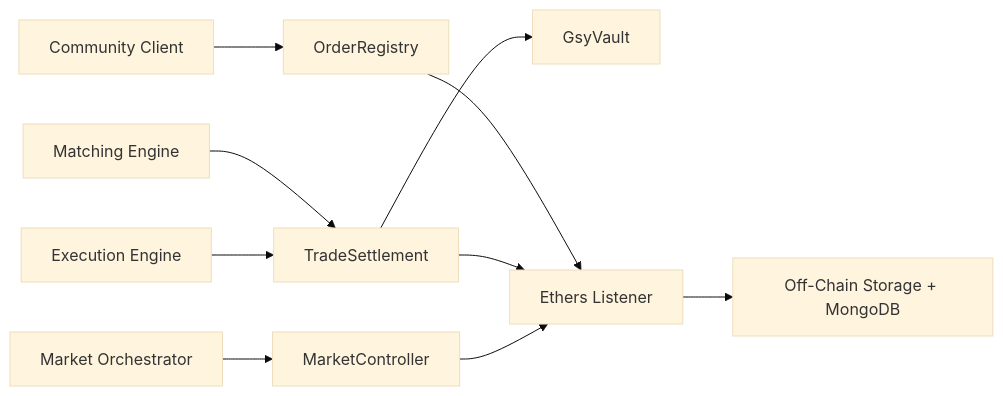
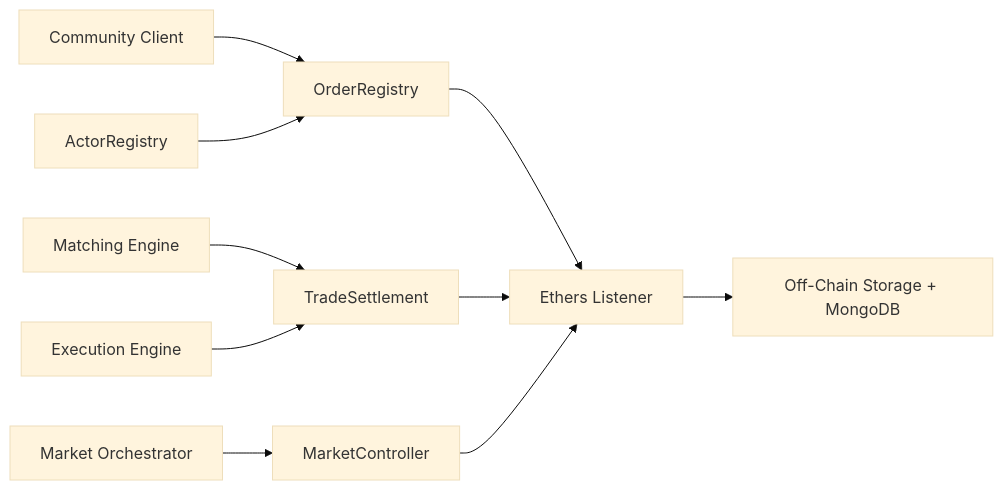
Before and after one commit to gridsingularity/gsy-decentralized-exchange: the diagram in docs/index.md, drawn with Mermaid (base theme). The commit also changed other lines of this file and 16 other files, not shown here.

Commit message:
feat: replace GsyVault with ActorRegistry

````diff
--- a/docs/index.md
+++ b/docs/index.md
@@ -26,12 +26,12 @@
 ```mermaid
 flowchart LR
     CC["Community Client"] --> OR["OrderRegistry"]
+    AR["ActorRegistry"] --> OR
     MO["Market Orchestrator"] --> MC["MarketController"]
     ME["Matching Engine"] --> TS["TradeSettlement"]
     EE["Execution Engine"] --> TS
-    TS --> GV["GsyVault"]
     OR --> EL["Ethers Listener"]
     TS --> EL
     MC --> EL
     EL --> OB["Off-Chain Storage + MongoDB"]
 ```
````
